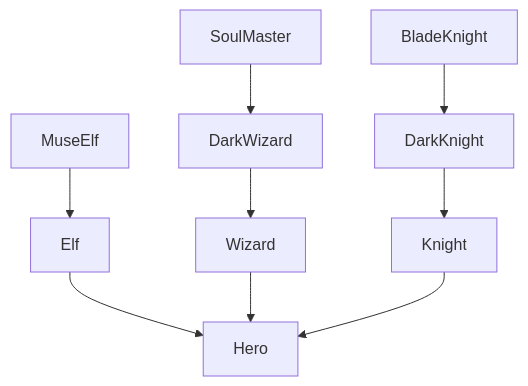
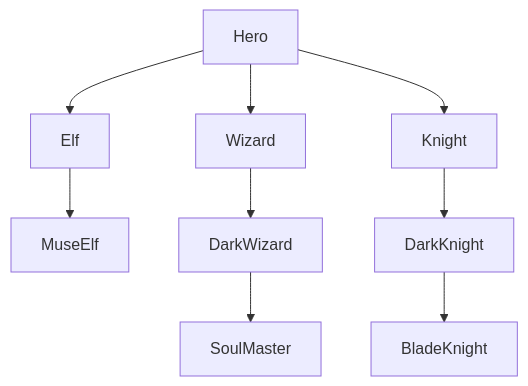
One commit to Nedanovx/SoftUni changed the second of 3 diagrams in CSharp - OOP/Inheritance - Exercise/Readme.md. Above: the diagram before and after it, drawn with Mermaid. The commit also changed other lines of this file, not shown here.

````diff
--- a/CSharp - OOP/Inheritance - Exercise/Readme.md
+++ b/CSharp - OOP/Inheritance - Exercise/Readme.md
@@ -64,12 +64,12 @@
 ```mermaid
 graph TD;
 Hero;
-Elf --> Hero;
-MuseElf --> Elf;
-Wizard --> Hero;
-DarkWizard --> Wizard;
-SoulMaster --> DarkWizard;
-Knight --> Hero;
-DarkKnight --> Knight;
-BladeKnight --> DarkKnight;
+Hero --> Elf;
+Elf --> MuseElf;
+Hero --> Wizard;
+Wizard --> DarkWizard;
+DarkWizard --> SoulMaster;
+Hero --> Knight;
+Knight --> DarkKnight;
+DarkKnight --> BladeKnight;
 ```
````
